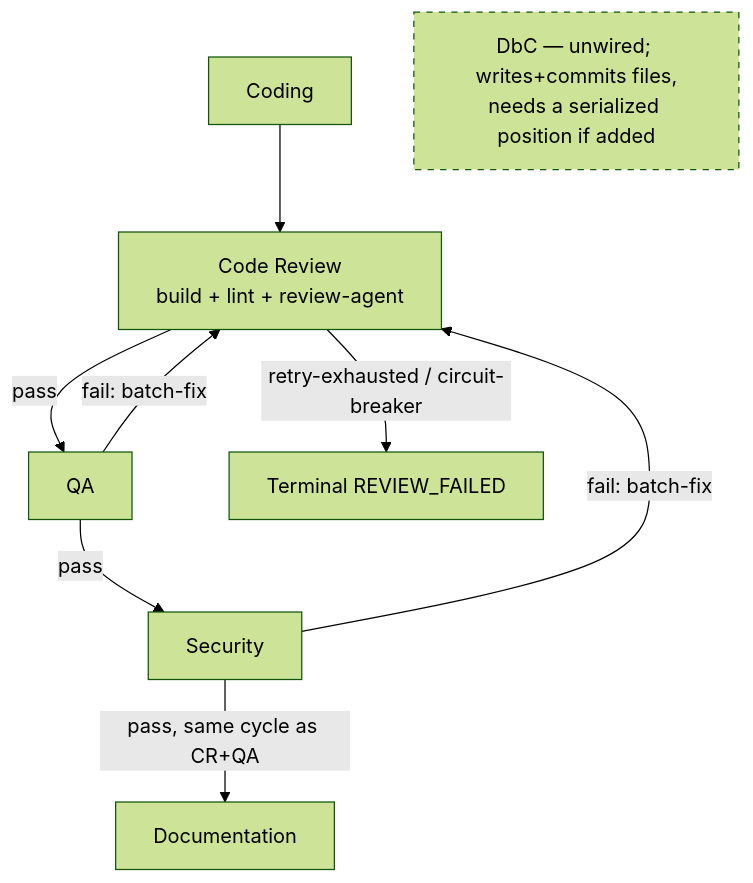
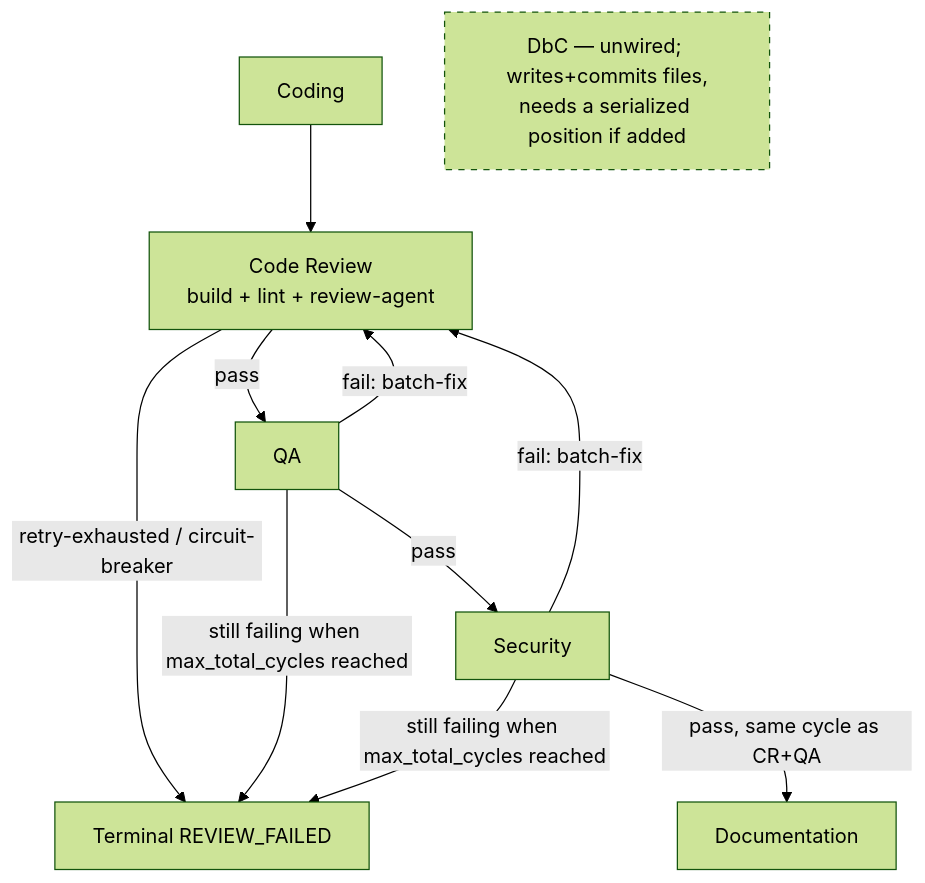
The diagram in backend/agents/software_engineering_team/docs/GATE_DEPENDENCY_GRAPH.md (brandonkindred/Khala-Agentic-AI-Teams), drawn with Mermaid (forest theme) before and after one commit. The commit also changed other lines of this file and 1 other file, not shown here.

````diff
--- a/backend/agents/software_engineering_team/docs/GATE_DEPENDENCY_GRAPH.md
+++ b/backend/agents/software_engineering_team/docs/GATE_DEPENDENCY_GRAPH.md
@@ -89,13 +97,15 @@
 ```mermaid
 flowchart TD
     Coding[Coding] --> CR[Code Review\nbuild + lint + review-agent]
     CR -->|pass| QA[QA]
     QA -->|fail: batch-fix| CR
     QA -->|pass| Sec[Security]
     Sec -->|fail: batch-fix| CR
     CR -->|retry-exhausted / circuit-breaker| Fail[Terminal REVIEW_FAILED]
+    QA -->|still failing when max_total_cycles reached| Fail
+    Sec -->|still failing when max_total_cycles reached| Fail
     Sec -->|pass, same cycle as CR+QA| Doc[Documentation]
     DbC[DbC — unwired; writes+commits files,\nneeds a serialized position if added]:::dormant
 
     classDef dormant stroke-dasharray: 5 5
 ```
````
